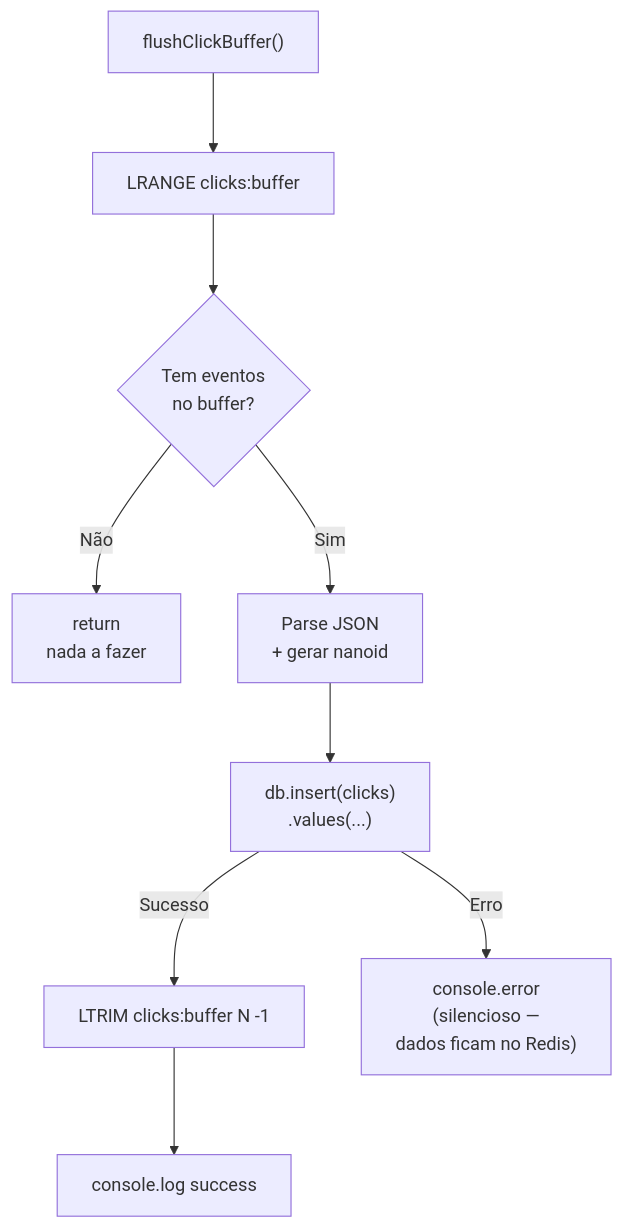
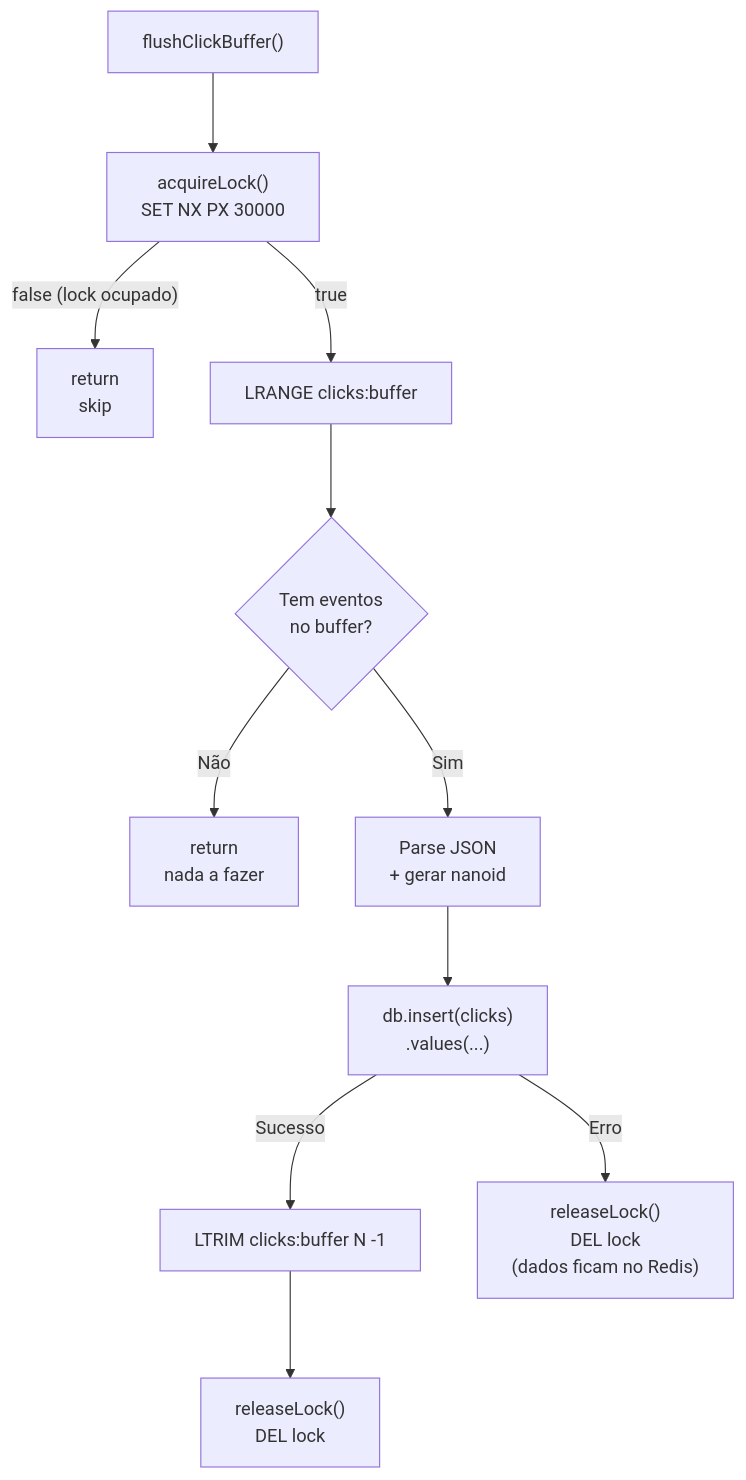
The third of 3 diagrams in docs/processos-background.md (eduardoaugustolb/encurtador-url), drawn with Mermaid before and after one commit. The commit also changed other lines of this file and 5 other files, not shown here.

Commit message:
fix: lock distribuído no flushClickBuffer para evitar duplicação concorrente (#10)

````diff
--- a/docs/processos-background.md
+++ b/docs/processos-background.md
@@ -96,17 +119,20 @@
 ```mermaid
 %%{init: {'flowchart': {'nodeSpacing': 50, 'rankSpacing': 70}}}%%
 flowchart TB
-    A["flushClickBuffer()"] --> B["LRANGE clicks:buffer"]
+    A["flushClickBuffer()"] --> L["acquireLock()<br/>SET NX PX 30000"]
+
+    L -->|"false (lock ocupado)"| S["return<br/>skip"]
+    L -->|"true"| B["LRANGE clicks:buffer"]
 
     B --> C{"Tem eventos<br/>no buffer?"}
 
     C -->|Não| F["return<br/>nada a fazer"]
 
     C -->|Sim| D["Parse JSON<br/>+ gerar nanoid"]
     D --> E["db.insert(clicks)<br/>.values(...)"]
 
     E -->|Sucesso| G["LTRIM clicks:buffer N -1"]
-    G --> H["console.log success"]
+    G --> H["releaseLock()<br/>DEL lock"]
 
-    E -->|Erro| I["console.error<br/>(silencioso —<br/>dados ficam no Redis)"]
+    E -->|Erro| I["releaseLock()<br/>DEL lock<br/>(dados ficam no Redis)"]
 ```
````
